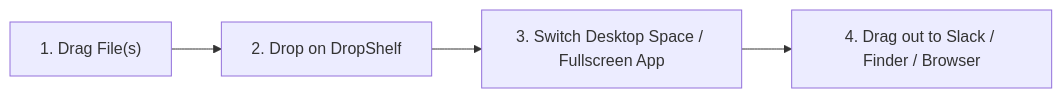
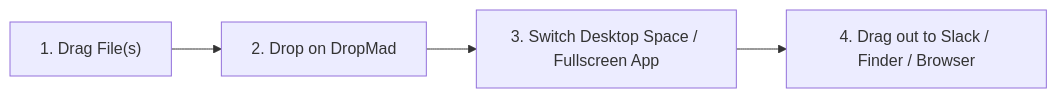
One commit to ogulcansivri/DropMad changed the first of 2 diagrams in GUIDE.md. Above: the diagram before and after it, drawn with Mermaid. The commit also changed other lines of this file and 16 other files, not shown here.

Commit message:
chore: rename project to DropMad across all components, bundle, docs and scripts

````diff
--- a/GUIDE.md
+++ b/GUIDE.md
@@ -17,6 +17,6 @@
 ```mermaid
 graph LR
-    A["1. Drag File(s)"] --> B["2. Drop on DropShelf"]
+    A["1. Drag File(s)"] --> B["2. Drop on DropMad"]
     B --> C["3. Switch Desktop Space / Fullscreen App"]
     C --> D["4. Drag out to Slack / Finder / Browser"]
 ```
````
